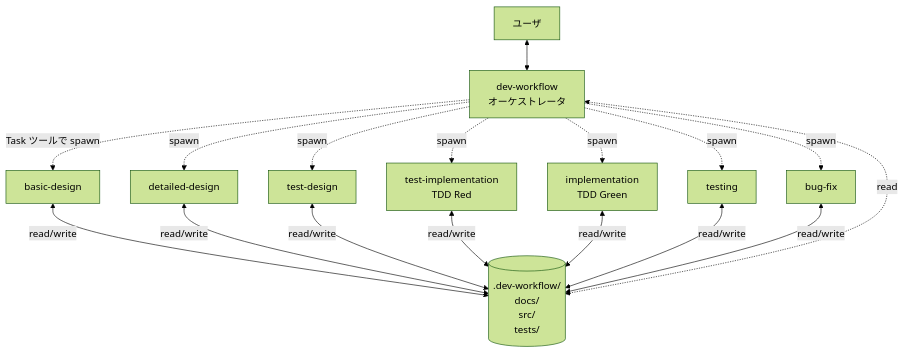
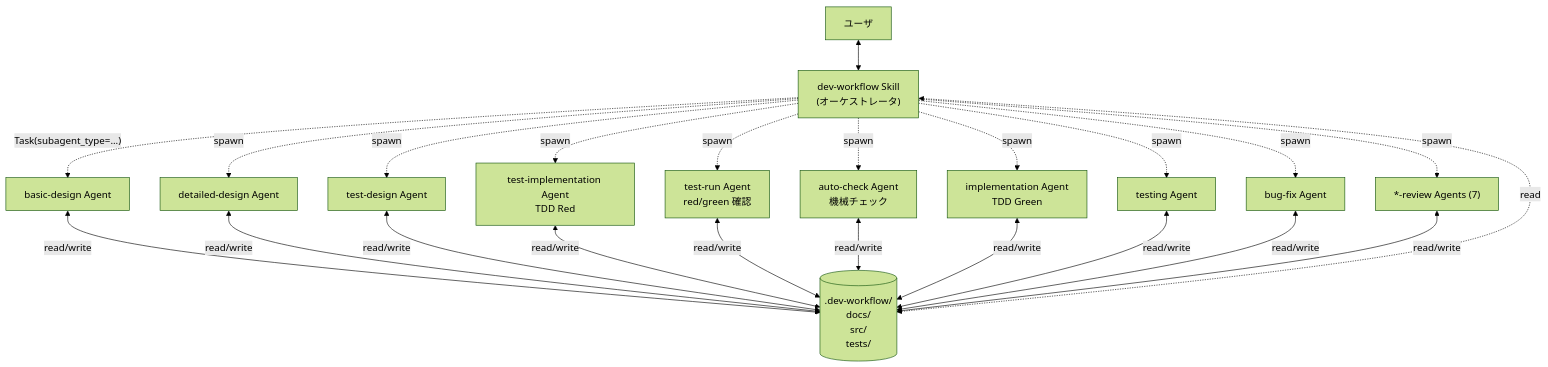
The first of 6 diagrams in docs/workflow-overview.md (yamasuki-/software_dev_workflow), drawn with Mermaid (forest theme) before and after one commit. The commit also changed other lines of this file and 74 other files, not shown here.

````diff
--- a/docs/workflow-overview.md
+++ b/docs/workflow-overview.md
@@ -5,13 +7,16 @@
 ```mermaid
 flowchart TD
-    User["ユーザ"] <--> Orch["dev-workflow<br/>オーケストレータ"]
-    Orch -. "Task ツールで spawn" .-> BDA["basic-design"]
-    Orch -. spawn .-> DDA["detailed-design"]
-    Orch -. spawn .-> TDA["test-design"]
-    Orch -. spawn .-> TIA["test-implementation<br/>TDD Red"]
-    Orch -. spawn .-> ImpA["implementation<br/>TDD Green"]
-    Orch -. spawn .-> TstA["testing"]
-    Orch -. spawn .-> BugA["bug-fix"]
-    BDA & DDA & TDA & TIA & ImpA & TstA & BugA <-->|"read/write"| FS[(".dev-workflow/<br/>docs/<br/>src/<br/>tests/")]
+    User["ユーザ"] <--> Orch["dev-workflow Skill<br/>(オーケストレータ)"]
+    Orch -. "Task(subagent_type=...)" .-> BDA["basic-design Agent"]
+    Orch -. spawn .-> DDA["detailed-design Agent"]
+    Orch -. spawn .-> TDA["test-design Agent"]
+    Orch -. spawn .-> TIA["test-implementation Agent<br/>TDD Red"]
+    Orch -. spawn .-> TR["test-run Agent<br/>red/green 確認"]
+    Orch -. spawn .-> AC["auto-check Agent<br/>機械チェック"]
+    Orch -. spawn .-> ImpA["implementation Agent<br/>TDD Green"]
+    Orch -. spawn .-> TstA["testing Agent"]
+    Orch -. spawn .-> BugA["bug-fix Agent"]
+    Orch -. spawn .-> RevA["*-review Agents (7)"]
+    BDA & DDA & TDA & TIA & TR & AC & ImpA & TstA & BugA & RevA <-->|"read/write"| FS[(".dev-workflow/<br/>docs/<br/>src/<br/>tests/")]
     Orch <-. read .-> FS
 ```
````
